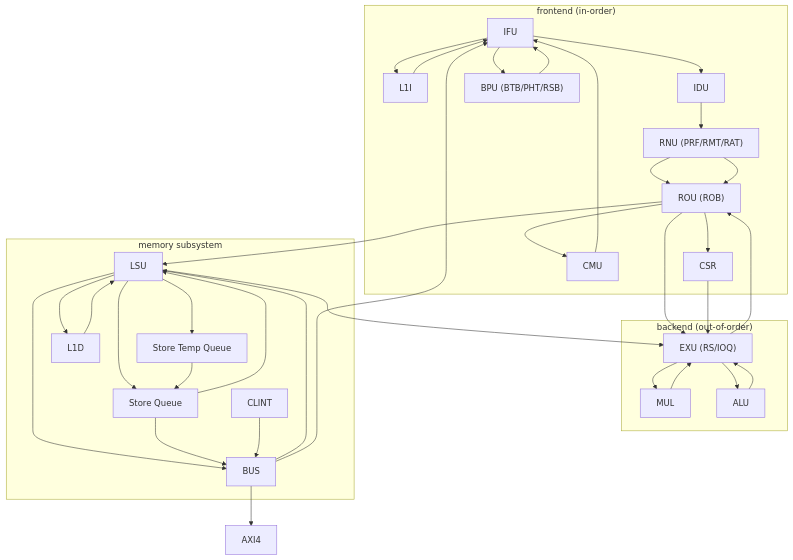
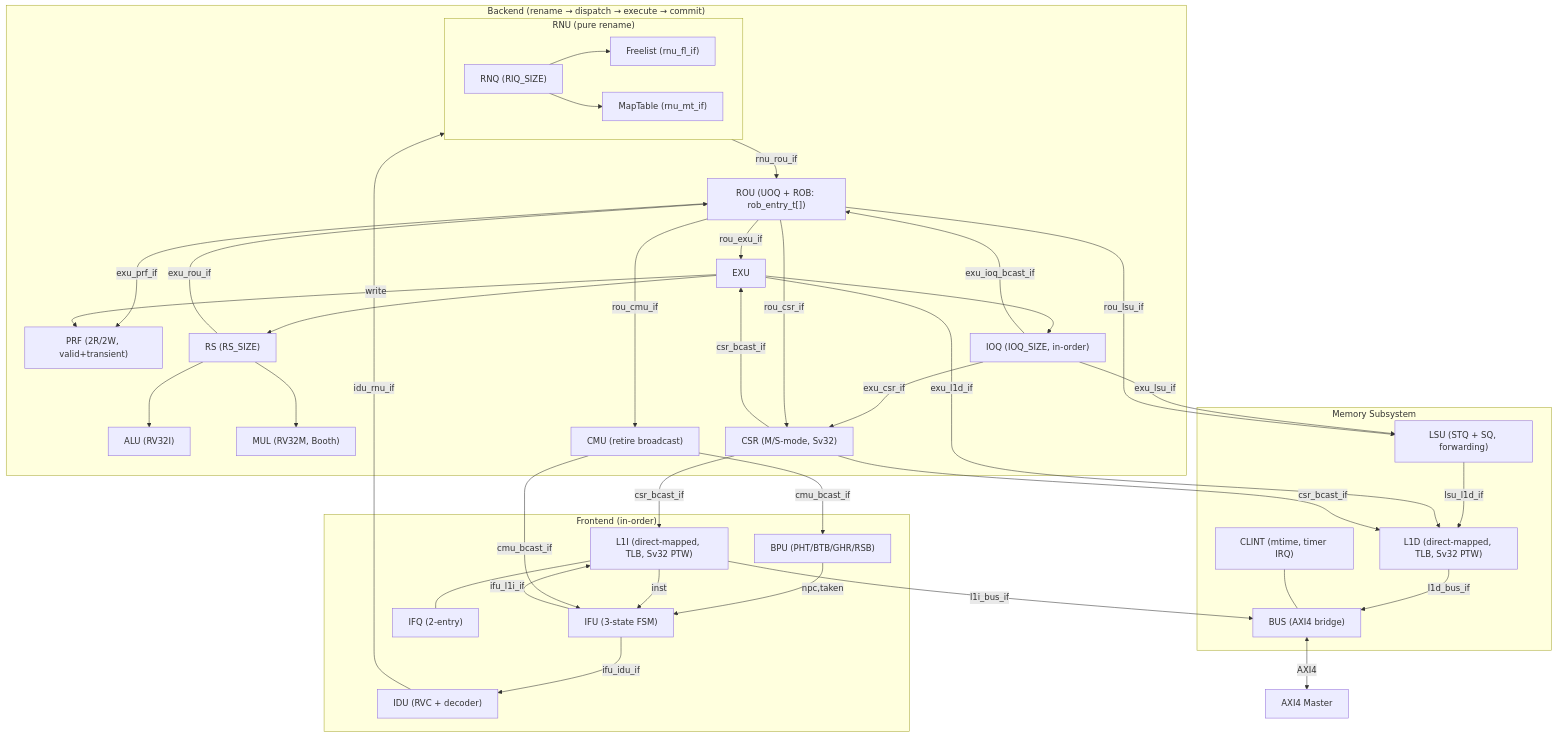
One commit to Kingfish404/raptor-chip changed the diagram in docs/uarch.md. Above: the diagram before and after it, drawn with Mermaid. The commit also changed other lines of this file and 18 other files, not shown here.

First line of the commit message:
refactor: idu & rou, lift up prf.

````diff
--- a/docs/uarch.md
+++ b/docs/uarch.md
@@ -45,45 +315,60 @@
 ```mermaid
 flowchart TD
- subgraph FE["frontend (in-order)"]
-        IFU["IFU"]
-        L1I["L1I"]
-        IDU["IDU"]
-        BPU["BPU (BTB/PHT/RSB)"]
-        RNU["RNU (PRF/RMT/RAT)"]
-        ROU["ROU (ROB)"]
-        CSR["CSR"]
-        CMU["CMU"]
+ subgraph FE["Frontend (in-order)"]
+        IFU["IFU (3-state FSM)"]
+        L1I["L1I (direct-mapped, TLB, Sv32 PTW)"]
+        IFQ["IFQ (2-entry)"]
+        IDU["IDU (RVC + decoder)"]
+        BPU["BPU (PHT/BTB/GHR/RSB)"]
   end
- subgraph BE["backend (out-of-order)"]
-        EXU["EXU (RS/IOQ)"]
-        MUL["MUL"]
-        ALU["ALU"]
+ subgraph BE["Backend (rename → dispatch → execute → commit)"]
+        subgraph RNU_TOP["RNU (pure rename)"]
+            RNQ["RNQ (RIQ_SIZE)"]
+            FL["Freelist (rnu_fl_if)"]
+            MT["MapTable (rnu_mt_if)"]
+        end
+        PRF["PRF (2R/2W, valid+transient)"]
+        ROU["ROU (UOQ + ROB: rob_entry_t[])"]
+        EXU["EXU"]
+        RS["RS (RS_SIZE)"]
+        IOQ["IOQ (IOQ_SIZE, in-order)"]
+        ALU["ALU (RV32I)"]
+        MUL["MUL (RV32M, Booth)"]
+        CMU["CMU (retire broadcast)"]
+        CSR["CSR (M/S-mode, Sv32)"]
   end
- subgraph MEM["memory subsystem"]
-        LSU["LSU"]
-        STQ["Store Temp Queue"]
-        SQ["Store Queue"]
-        L1D["L1D"]
-        BUS["BUS"]
-        CLINT["CLINT"]
+ subgraph MEM["Memory Subsystem"]
+        LSU["LSU (STQ + SQ, forwarding)"]
+        L1D["L1D (direct-mapped, TLB, Sv32 PTW)"]
+        BUS["BUS (AXI4 bridge)"]
+        CLINT["CLINT (mtime, timer IRQ)"]
   end
-    IFU --> IDU & L1I & BPU
-    IDU --> RNU
-    RNU --> ROU
-    ROU --> EXU & LSU & CMU & CSR
-    LSU --> BUS & STQ & SQ & L1D
-    EXU --> ROU & MUL & ALU
-    BUS --> LSU & AXI["AXI4"] & IFU
-    L1I --> IFU
-    CMU --> IFU
-    BPU --> IFU
-    L1D --> LSU
-    SQ --> LSU & BUS
-    STQ --> SQ
-    CSR --> EXU
-    RNU --> ROU
-    ALU --> EXU
-    MUL --> EXU
-    CLINT --> BUS
-    LSU --> EXU
+    BPU -->|"npc,taken"| IFU
+    IFU -->|"ifu_l1i_if"| L1I
+    L1I --- IFQ
+    L1I -->|"inst"| IFU
+    IFU -->|"ifu_idu_if"| IDU
+    IDU -->|"idu_rnu_if"| RNU_TOP
+    RNQ --> FL & MT
+    RNU_TOP -->|"rnu_rou_if"| ROU
+    ROU -->|"exu_prf_if"| PRF
+    ROU -->|"rou_exu_if"| EXU
+    EXU --> RS & IOQ
+    RS --> ALU & MUL
+    IOQ -->|"exu_lsu_if"| LSU
+    IOQ -->|"exu_csr_if"| CSR
+    RS -->|"exu_rou_if"| ROU
+    IOQ -->|"exu_ioq_bcast_if"| ROU
+    EXU -->|"write"| PRF
+    ROU -->|"rou_cmu_if"| CMU
+    ROU -->|"rou_csr_if"| CSR
+    ROU -->|"rou_lsu_if"| LSU
+    CMU -->|"cmu_bcast_if"| IFU & BPU
+    LSU -->|"lsu_l1d_if"| L1D
+    EXU -->|"exu_l1d_if"| L1D
+    L1I -->|"l1i_bus_if"| BUS
+    L1D -->|"l1d_bus_if"| BUS
+    BUS <-->|"AXI4"| AXI["AXI4 Master"]
+    CLINT --- BUS
+    CSR -->|"csr_bcast_if"| L1I & L1D & EXU
 ```
````
